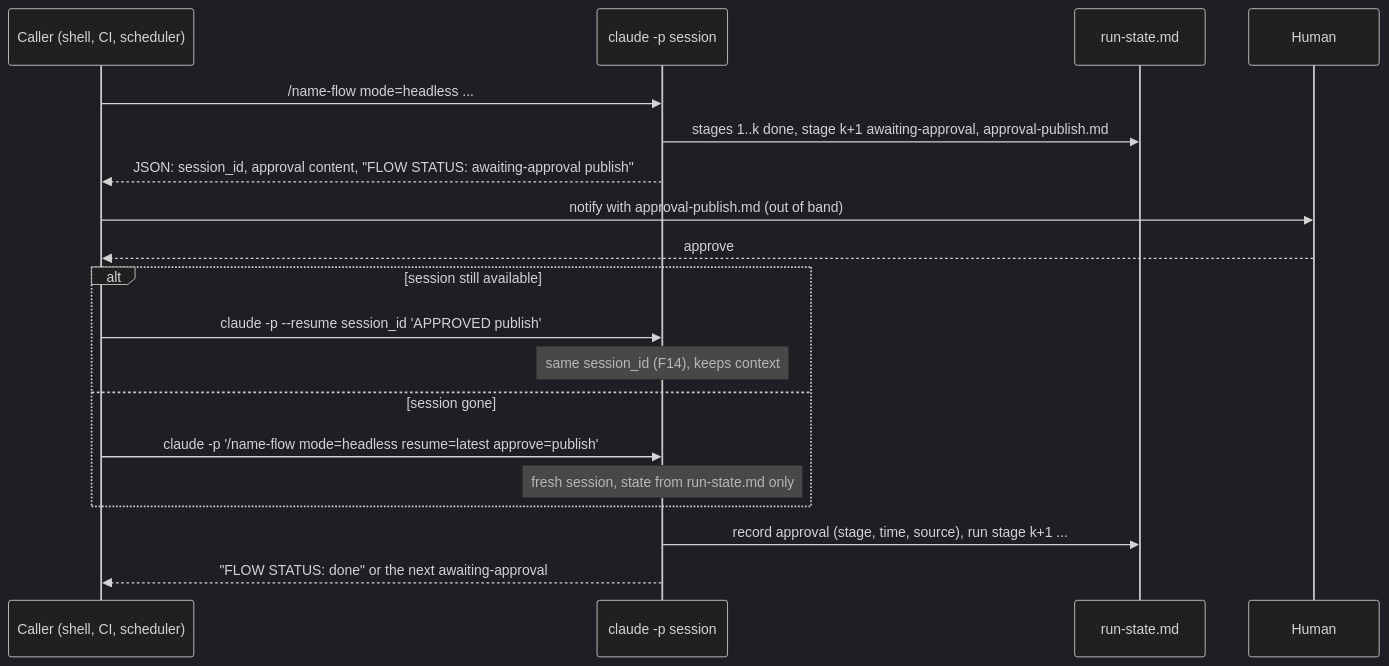
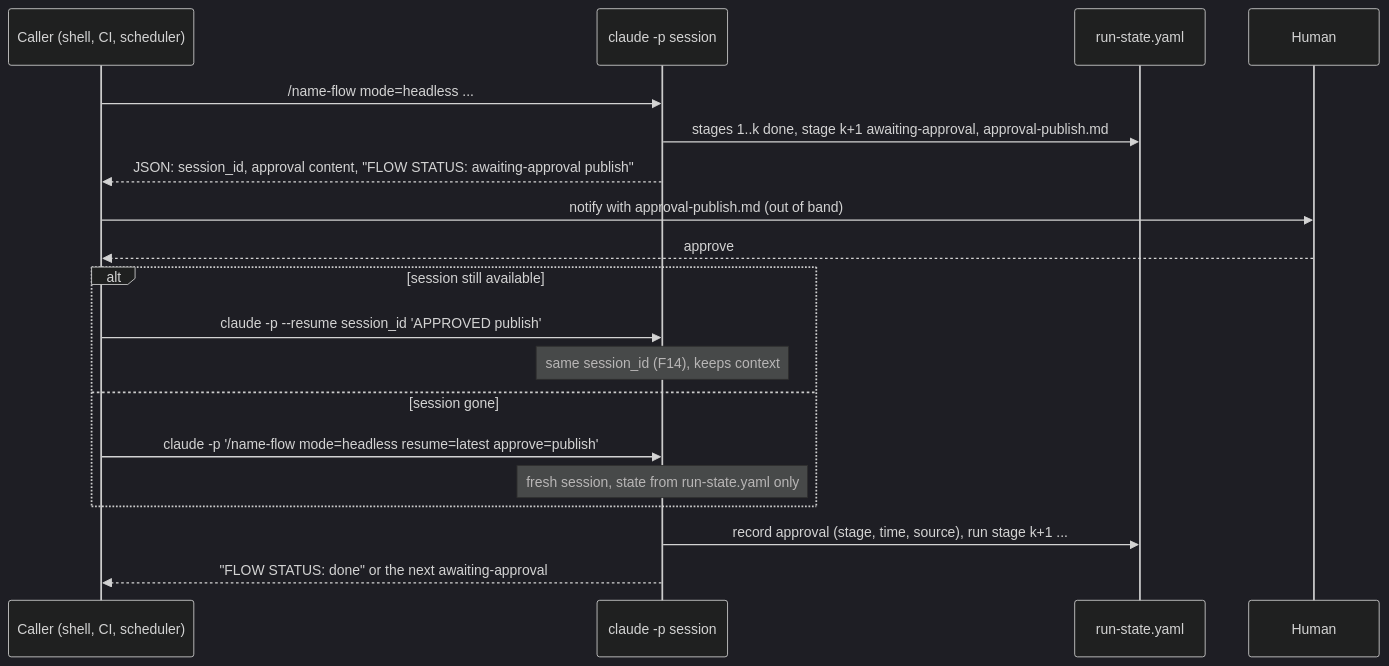
One commit to cheneeheng/ceh-claude-code-library changed the third of 3 diagrams in plugins/standalone/ceh-workflow-builder/docs/ARCHITECTURE.md. Above: the diagram before and after it, drawn with Mermaid (dark theme). The commit also changed other lines of this file and 32 other files, not shown here.

First line of the commit message:
feat(workflow-runner): check the run state as a yaml format

````diff
--- a/plugins/standalone/ceh-workflow-builder/docs/ARCHITECTURE.md
+++ b/plugins/standalone/ceh-workflow-builder/docs/ARCHITECTURE.md
@@ -187,22 +188,22 @@
 ```mermaid
 sequenceDiagram
     participant C as Caller (shell, CI, scheduler)
     participant S1 as claude -p session
-    participant R as run-state.md
+    participant R as run-state.yaml
     participant H as Human
 
     C->>S1: /name-flow mode=headless ...
     S1->>R: stages 1..k done, stage k+1 awaiting-approval, approval-publish.md
     S1-->>C: JSON: session_id, approval content, "FLOW STATUS: awaiting-approval publish"
     C->>H: notify with approval-publish.md (out of band)
     H-->>C: approve
     alt session still available
         C->>S1: claude -p --resume session_id 'APPROVED publish'
         Note over S1: same session_id (F14), keeps context
     else session gone
         C->>S1: claude -p '/name-flow mode=headless resume=latest approve=publish'
-        Note over S1: fresh session, state from run-state.md only
+        Note over S1: fresh session, state from run-state.yaml only
     end
     S1->>R: record approval (stage, time, source), run stage k+1 ...
     S1-->>C: "FLOW STATUS: done" or the next awaiting-approval
 ```
````
